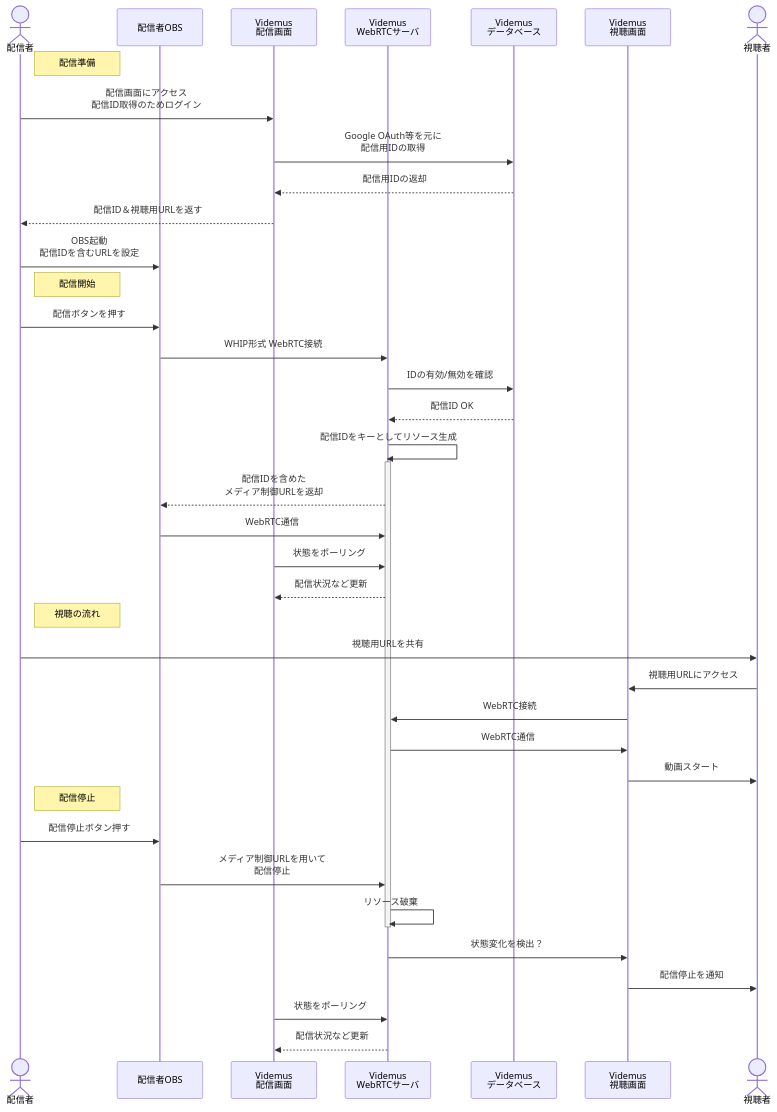
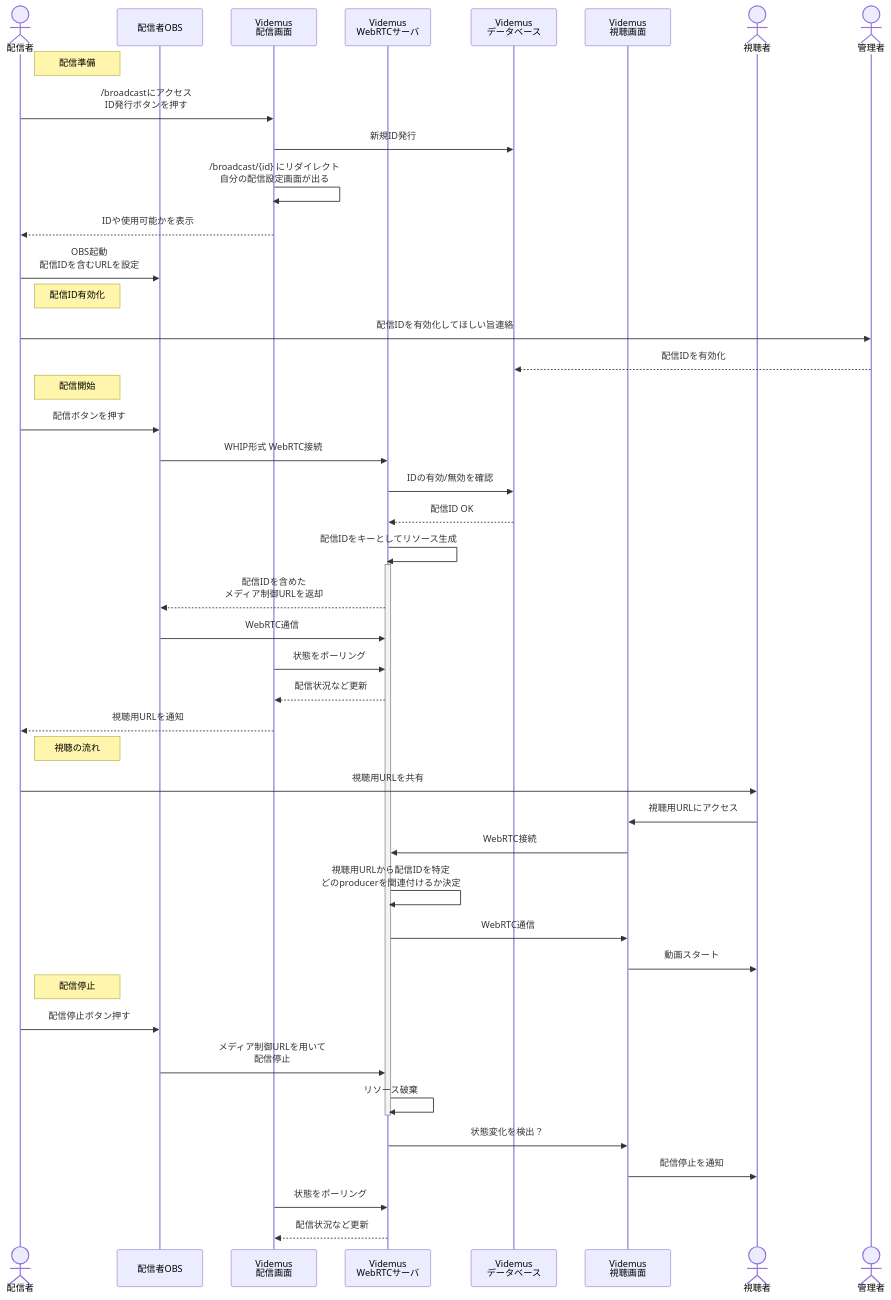
The diagram in MEMO.md (Daiius/videmus), drawn with Mermaid before and after one commit.

Commit message:
配信ID固定、視聴ID毎回更新の方法を検討

````diff
--- a/MEMO.md
+++ b/MEMO.md
@@ -14,44 +14,55 @@
 ```mermaid
 %%{init: {"sequence": { "rightAngles": true } } }%%
 sequenceDiagram
     actor broadcaster as 配信者
     participant obs as 配信者OBS
     participant broadcaster_page as Videmus<br/>配信画面
     participant server as Videmus<br/>WebRTCサーバ 
     participant database as Videmus<br/>データベース
     participant streamer_page as Videmus<br/>視聴画面
     actor streamer as 視聴者
+    actor administrator as 管理者
 
     Note right of broadcaster : 配信準備
-    broadcaster ->> broadcaster_page : 配信画面にアクセス<br/>配信ID取得のためログイン
-    broadcaster_page ->> database : Google OAuth等を元に<br/>配信用IDの取得
-    database -->> broadcaster_page : 配信用IDの返却
-    broadcaster_page -->> broadcaster : 配信ID＆視聴用URLを返す
+
+    broadcaster ->> broadcaster_page : /broadcastにアクセス<br/>ID発行ボタンを押す
+    broadcaster_page ->> database : 新規ID発行
+    broadcaster_page ->> broadcaster_page : /broadcast/{id} にリダイレクト<br/>自分の配信設定画面が出る
+    broadcaster_page -->> broadcaster : IDや使用可能かを表示
     broadcaster ->> obs : OBS起動<br/>配信IDを含むURLを設定
+
+    Note right of broadcaster : 配信ID有効化
+
+    broadcaster ->> administrator : 配信IDを有効化してほしい旨連絡
+    administrator -->> database : 配信IDを有効化
 
     Note right of broadcaster : 配信開始
     
     broadcaster ->> obs : 配信ボタンを押す
     obs ->> server : WHIP形式 WebRTC接続
     server ->> database : IDの有効/無効を確認
     database -->> server : 配信ID OK
     server ->>+ server : 配信IDをキーとしてリソース生成
     server -->> obs : 配信IDを含めた<br/>メディア制御URLを返却
     obs ->> server : WebRTC通信
     broadcaster_page ->> server : 状態をポーリング
     server -->> broadcaster_page : 配信状況など更新
+    broadcaster_page -->> broadcaster : 視聴用URLを通知
+    
     Note right of broadcaster : 視聴の流れ
+
     broadcaster ->> streamer : 視聴用URLを共有
     streamer ->> streamer_page : 視聴用URLにアクセス
     streamer_page ->> server : WebRTC接続
+    server ->> server : 視聴用URLから配信IDを特定<br/>どのproducerを関連付けるか決定
     server ->> streamer_page : WebRTC通信
     streamer_page ->> streamer : 動画スタート
     Note right of broadcaster : 配信停止
     broadcaster ->> obs : 配信停止ボタン押す
     obs ->> server : メディア制御URLを用いて<br/>配信停止
     server ->>-server : リソース破棄
     server ->> streamer_page : 状態変化を検出？
     streamer_page ->> streamer : 配信停止を通知
     broadcaster_page ->> server : 状態をポーリング
     server -->> broadcaster_page : 配信状況など更新
 ```
````
